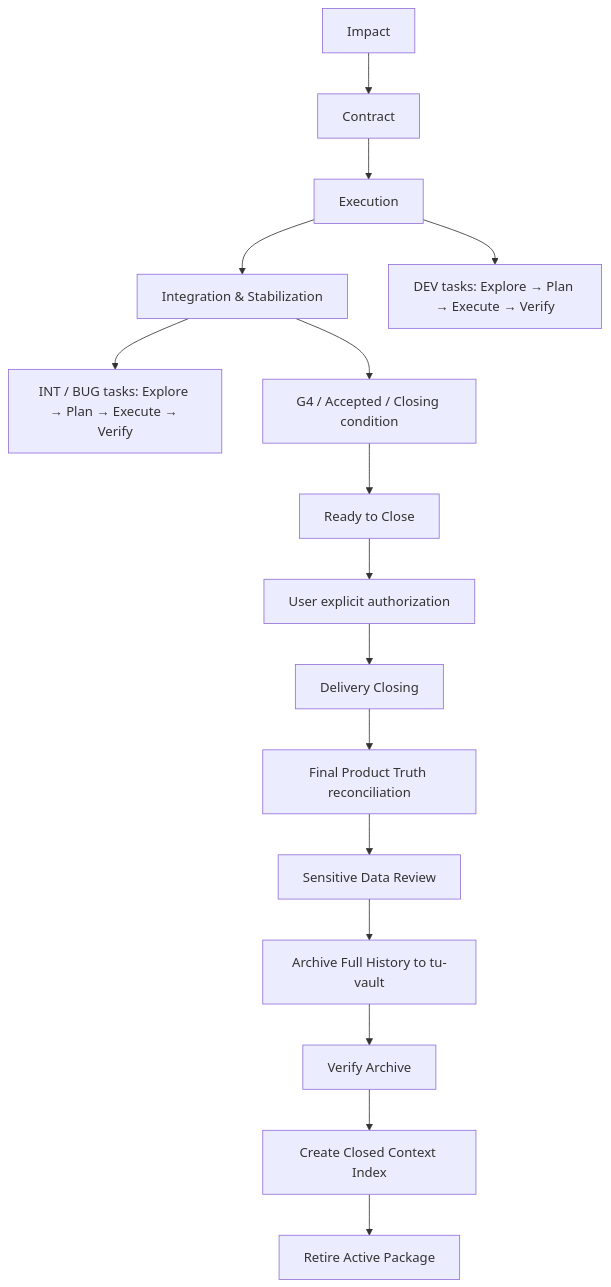
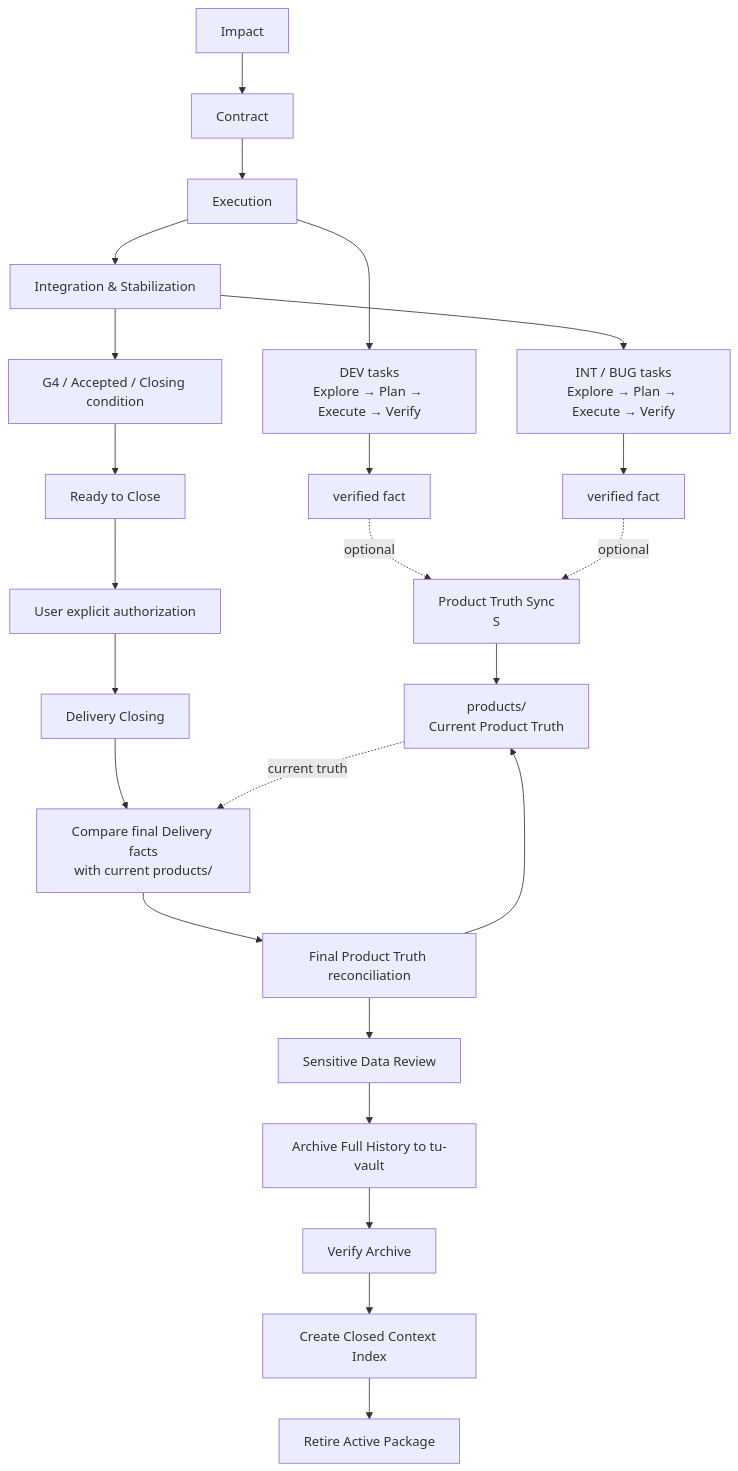
One commit to cnxutu/tu-engineering-workbench changed the first of 2 diagrams in docs/workflows/feature-delivery/README.md. Above: the diagram before and after it, drawn with Mermaid. The commit also changed other lines of this file and 1 other file, not shown here.

Commit message:
feat(流程图): 更新流程图
1

````diff
--- a/docs/workflows/feature-delivery/README.md
+++ b/docs/workflows/feature-delivery/README.md
@@ -140,16 +140,24 @@
 ```mermaid
 flowchart TD
-    I[Impact] --> C[Contract] --> E[Execution] --> S[Integration & Stabilization]
-    E --> D[DEV tasks: Explore → Plan → Execute → Verify]
-    S --> T[INT / BUG tasks: Explore → Plan → Execute → Verify]
-    S --> G[G4 / Accepted / Closing condition]
-    G --> R[Ready to Close]
-    R --> U[User explicit authorization]
-    U --> DC[Delivery Closing]
-    DC --> IP[Final Product Truth reconciliation]
-    IP --> SDR[Sensitive Data Review]
-    SDR --> A[Archive Full History to tu-vault]
-    A --> VA[Verify Archive]
-    VA --> CI[Create Closed Context Index]
-    CI --> RA[Retire Active Package]
+    IMPACT[Impact] --> CONTRACT[Contract] --> EXECUTION[Execution] --> STAB[Integration & Stabilization]
+    EXECUTION --> DEV_TASK[DEV tasks<br/>Explore → Plan → Execute → Verify]
+    STAB --> BUG_INT_TASK[INT / BUG tasks<br/>Explore → Plan → Execute → Verify]
+    DEV_TASK --> DEV_FACT[verified fact]
+    BUG_INT_TASK --> BUG_INT_FACT[verified fact]
+    DEV_FACT -. optional .-> SYNC[Product Truth Sync<br/>S]
+    BUG_INT_FACT -. optional .-> SYNC
+    SYNC --> PRODUCTS[products/<br/>Current Product Truth]
+    STAB --> GATE[G4 / Accepted / Closing condition]
+    GATE --> READY[Ready to Close]
+    READY --> AUTH[User explicit authorization]
+    AUTH --> CLOSING[Delivery Closing]
+    CLOSING --> COMPARE[Compare final Delivery facts<br/>with current products/]
+    PRODUCTS -. current truth .-> COMPARE
+    COMPARE --> RECONCILE[Final Product Truth reconciliation]
+    RECONCILE --> PRODUCTS
+    RECONCILE --> SENSITIVE[Sensitive Data Review]
+    SENSITIVE --> ARCHIVE[Archive Full History to tu-vault]
+    ARCHIVE --> VERIFY_ARCHIVE[Verify Archive]
+    VERIFY_ARCHIVE --> CLOSED_INDEX[Create Closed Context Index]
+    CLOSED_INDEX --> RETIRE[Retire Active Package]
 ```
````
